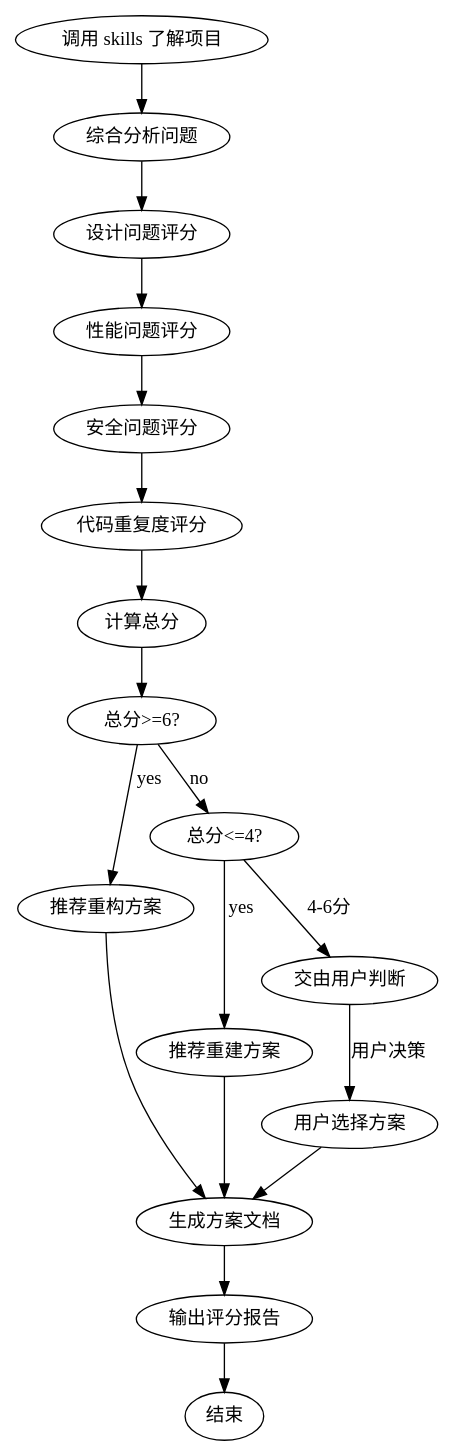
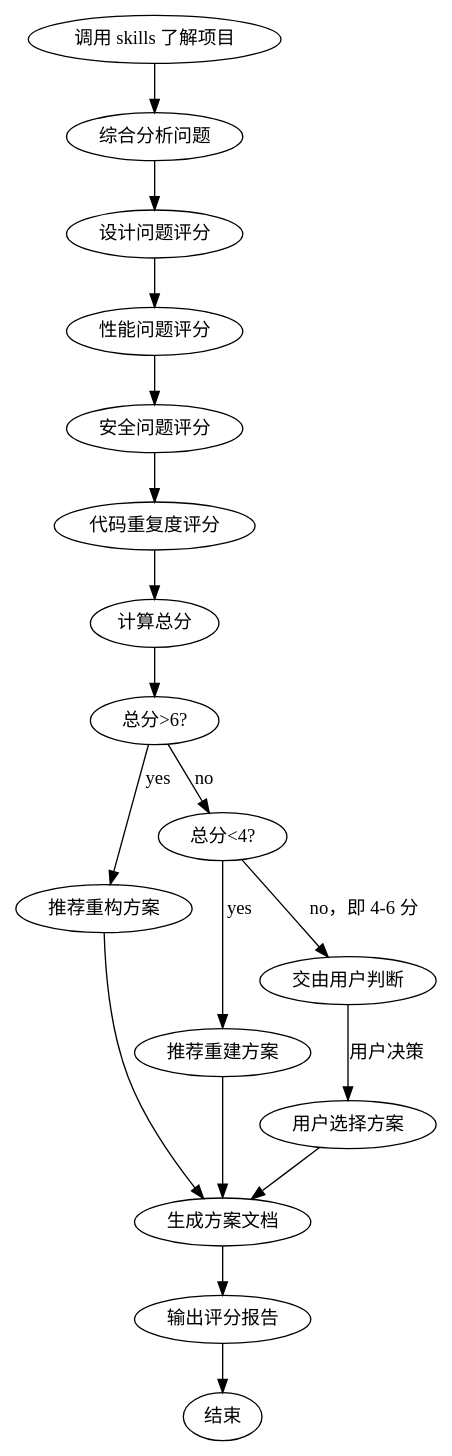
Before and after one commit to hellyguo/self-ai-spec: the diagram in skills/code-detect-problem/SKILL.md, drawn with Graphviz. The commit also changed other lines of this file and 62 other files, not shown here.

````diff
--- a/skills/code-detect-problem/SKILL.md
+++ b/skills/code-detect-problem/SKILL.md
@@ -14,21 +16,21 @@
 ```dot
 digraph detect_problem {
     "调用 skills 了解项目" -> "综合分析问题";
     "综合分析问题" -> "设计问题评分";
     "设计问题评分" -> "性能问题评分";
     "性能问题评分" -> "安全问题评分";
     "安全问题评分" -> "代码重复度评分";
     "代码重复度评分" -> "计算总分";
-    "计算总分" -> "总分>=6?" ;
-    "总分>=6?" -> "推荐重构方案" [label="yes"];
-    "总分>=6?" -> "总分<=4?" [label="no"];
-    "总分<=4?" -> "推荐重建方案" [label="yes"];
-    "总分<=4?" -> "交由用户判断" [label="4-6分"];
+    "计算总分" -> "总分>6?" ;
+    "总分>6?" -> "推荐重构方案" [label="yes"];
+    "总分>6?" -> "总分<4?" [label="no"];
+    "总分<4?" -> "推荐重建方案" [label="yes"];
+    "总分<4?" -> "交由用户判断" [label="no，即 4-6 分"];
     "推荐重构方案" -> "生成方案文档";
     "推荐重建方案" -> "生成方案文档";
     "交由用户判断" -> "用户选择方案" [label="用户决策"];
     "用户选择方案" -> "生成方案文档";
     "生成方案文档" -> "输出评分报告";
     "输出评分报告" -> "结束" [shape=doublecircle];
 }
 ```
````
